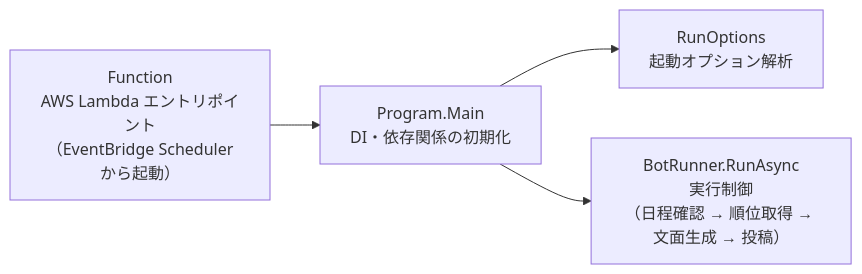
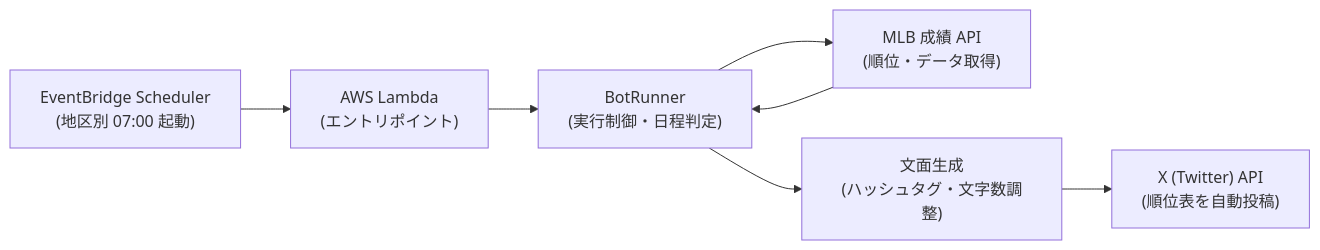
One commit to shin4488/MlbBot changed the diagram in README.md. Above: the diagram before and after it, drawn with Mermaid. The commit also changed other lines of this file, not shown here.

````diff
--- a/README.md
+++ b/README.md
@@ -12,10 +12,9 @@
 ```mermaid
 flowchart LR
-    F["Function<br>AWS Lambda エントリポイント<br>（EventBridge Schedulerから起動）"] --> P["Program.Main<br>DI・依存関係の初期化"]
-    P --> O["RunOptions<br>起動オプション解析"]
-    P --> R["BotRunner.RunAsync<br>実行制御<br>（日程確認 → 順位取得 → 文面生成 → 投稿）"]
-    click F "TwitterMlbBotExecution/src/TwitterMlbBotExecution/Function.cs"
-    click P "TwitterMlbBot/Program.cs"
-    click O "TwitterMlbBot/RunOptions.cs"
-    click R "TwitterMlbBot/BotRunner.cs"
+    Event["EventBridge Scheduler<br>(地区別 07:00 起動)"] --> Lambda["AWS Lambda<br>(エントリポイント)"]
+    Lambda --> App["BotRunner<br>(実行制御・日程判定)"]
+    App --> MLB["MLB 成績 API<br>(順位・データ取得)"]
+    MLB --> App
+    App --> Compose["文面生成<br>(ハッシュタグ・文字数調整)"]
+    Compose --> X["X (Twitter) API<br>(順位表を自動投稿)"]
 ```
````
